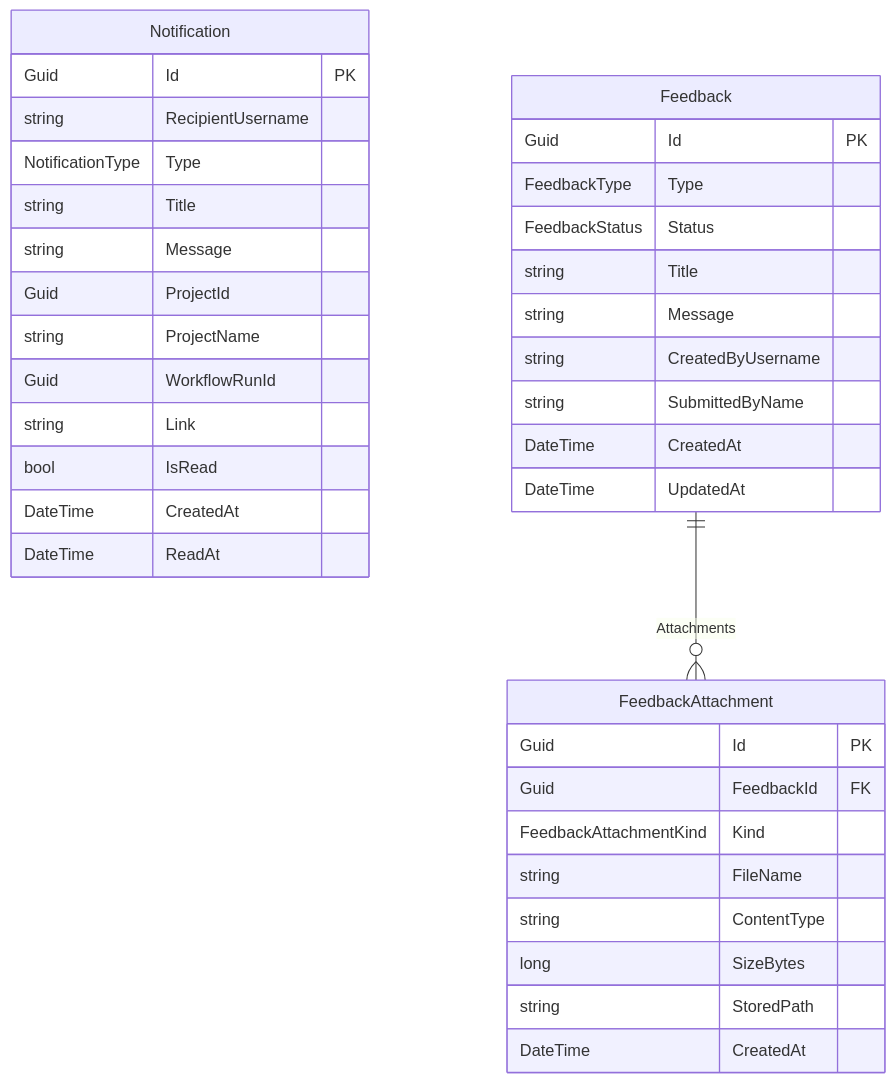
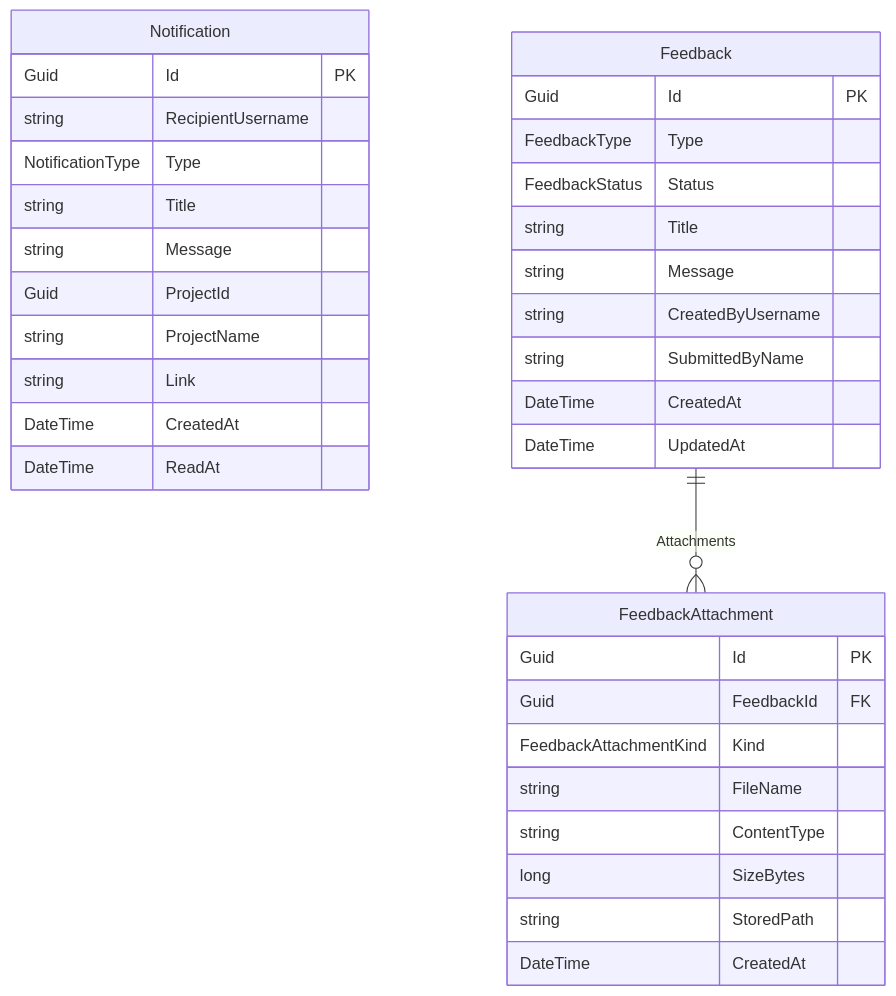
The seventh of 9 diagrams in docs/data-model.md (Songlong0506/ICOGenerator-v4), drawn with Mermaid before and after one commit. The commit also changed other lines of this file and 65 other files, not shown here.

First line of the commit message:
Bỏ các cột không ai đọc, gộp cờ trùng lặp, thêm WorkflowRun.Kind

````diff
--- a/docs/data-model.md
+++ b/docs/data-model.md
@@ -427,42 +422,40 @@
 ```mermaid
 erDiagram
     Notification {
         Guid Id PK
         string RecipientUsername
         NotificationType Type
         string Title
         string Message
         Guid ProjectId
         string ProjectName
-        Guid WorkflowRunId
         string Link
-        bool IsRead
         DateTime CreatedAt
         DateTime ReadAt
     }
 
     Feedback {
         Guid Id PK
         FeedbackType Type
         FeedbackStatus Status
         string Title
         string Message
         string CreatedByUsername
         string SubmittedByName
         DateTime CreatedAt
         DateTime UpdatedAt
     }
 
     FeedbackAttachment {
         Guid Id PK
         Guid FeedbackId FK
         FeedbackAttachmentKind Kind
         string FileName
         string ContentType
         long SizeBytes
         string StoredPath
         DateTime CreatedAt
     }
 
     Feedback ||--o{ FeedbackAttachment : Attachments
 ```
````
